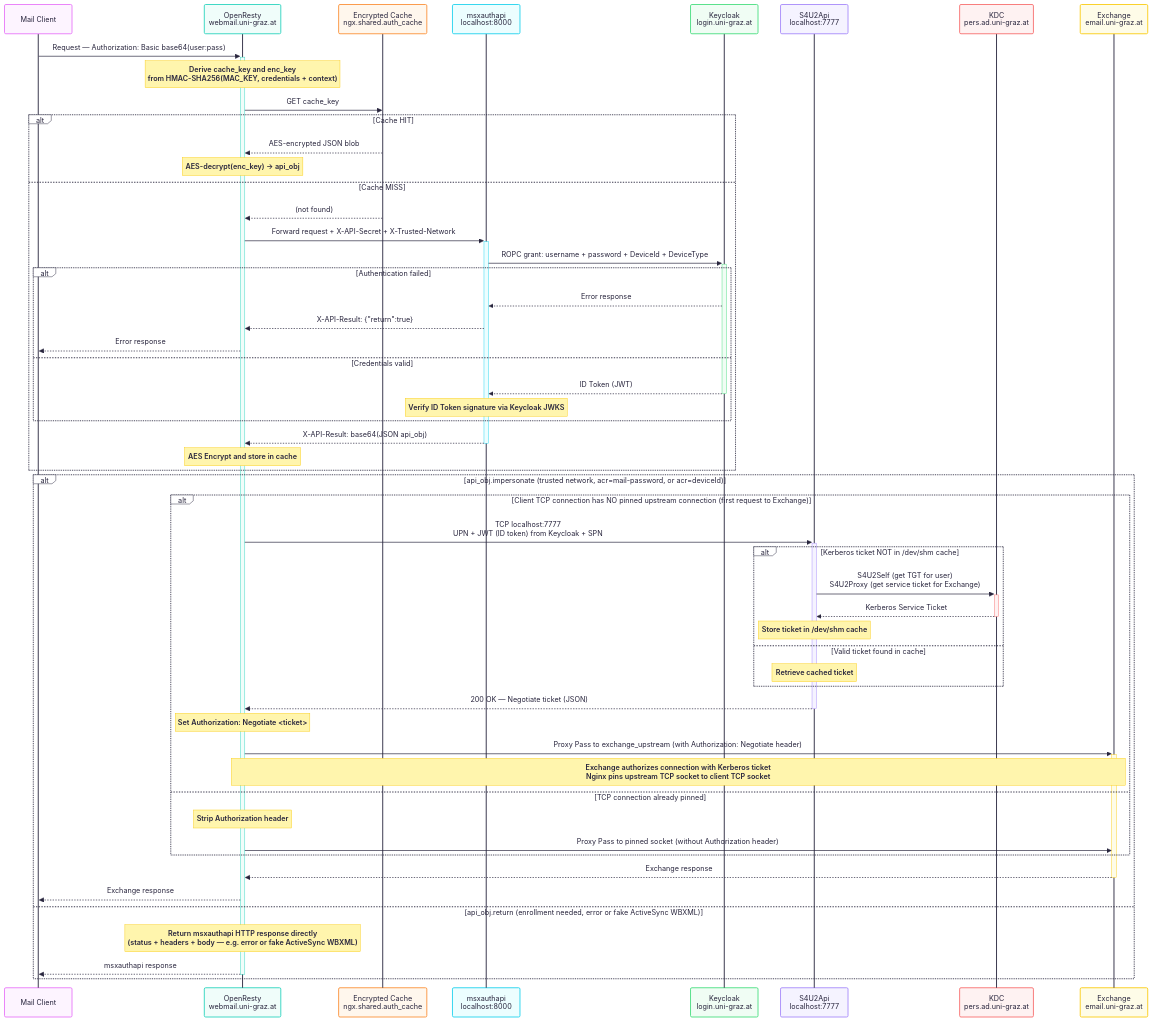
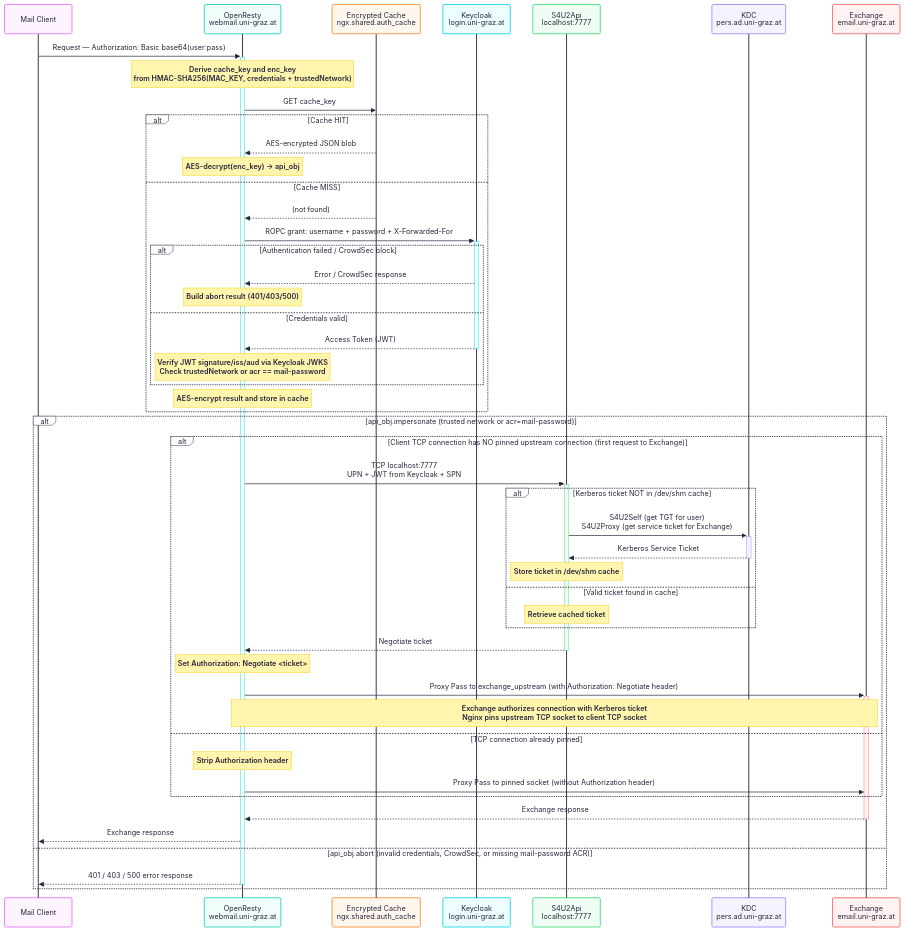
The fourth of 6 diagrams in README.md (BotoX/msxproxy), drawn with Mermaid before and after one commit. The commit also changed other lines of this file and 43 other files, not shown here.

First line of the commit message:
Externalize configs, add direct Keycloak ROPC, metrics, hot reload, and tests

````diff
--- a/README.md
+++ b/README.md
@@ -223,67 +220,62 @@
 ```mermaid
 ---
 config:
   theme: redux-color
 ---
 sequenceDiagram
     participant C as Mail Client
     participant N as OpenResty<br>webmail.uni-graz.at
     participant CA as Encrypted Cache<br>ngx.shared.auth_cache
-    participant P as msxauthapi<br>localhost:8000
     participant K as Keycloak<br>login.uni-graz.at
     participant T as S4U2Api<br>localhost:7777
     participant AD as KDC<br>pers.ad.uni-graz.at
     participant E as Exchange<br>email.uni-graz.at
 
     C->>+N: Request — Authorization: Basic base64(user:pass)
-    Note over N: Derive cache_key and enc_key<br>from HMAC-SHA256(MAC_KEY, credentials + context)
+    Note over N: Derive cache_key and enc_key<br>from HMAC-SHA256(MAC_KEY, credentials + trustedNetwork)
 
     N->>CA: GET cache_key
     alt Cache HIT
         CA-->>N: AES-encrypted JSON blob
         Note over N: AES-decrypt(enc_key) → api_obj
     else Cache MISS
         CA-->>N: (not found)
-        N->>+P: Forward request + X-API-Secret + X-Trusted-Network
-        P->>+K: ROPC grant: username + password + DeviceId + DeviceType
-        alt Authentication failed
-            K-->>P: Error response
-            P-->>N: X-API-Result: {"return":true}
-            N-->>C: Error response
+        N->>+K: ROPC grant: username + password + X-Forwarded-For
+        alt Authentication failed / CrowdSec block
+            K-->>N: Error / CrowdSec response
+            Note over N: Build abort result (401/403/500)
         else Credentials valid
-            K-->>-P: ID Token (JWT)
-            Note over P: Verify ID Token signature via Keycloak JWKS
+            K-->>-N: Access Token (JWT)
+            Note over N: Verify JWT signature/iss/aud via Keycloak JWKS<br>Check trustedNetwork or acr == mail-password
         end
-        P-->>-N: X-API-Result: base64(JSON api_obj)
-        Note over N: AES Encrypt and store in cache
+        Note over N: AES-encrypt result and store in cache
     end
 
-    alt api_obj.impersonate (trusted network, acr=mail-password, or acr=deviceId)
+    alt api_obj.impersonate (trusted network or acr=mail-password)
         alt Client TCP connection has NO pinned upstream connection (first request to Exchange)
-            N->>+T: TCP localhost:7777<br>UPN + JWT (ID token) from Keycloak + SPN
+            N->>+T: TCP localhost:7777<br>UPN + JWT from Keycloak + SPN
 
             alt Kerberos ticket NOT in /dev/shm cache
                 T->>+AD: S4U2Self (get TGT for user)<br>S4U2Proxy (get service ticket for Exchange)
                 AD-->>-T: Kerberos Service Ticket
                 Note over T: Store ticket in /dev/shm cache
             else Valid ticket found in cache
                 Note over T: Retrieve cached ticket
             end
 
-            T-->>-N: 200 OK — Negotiate ticket (JSON)
+            T-->>-N: Negotiate ticket
             Note over N: Set Authorization: Negotiate <ticket>
             N->>+E: Proxy Pass to exchange_upstream (with Authorization: Negotiate header)
             Note over N,E: Exchange authorizes connection with Kerberos ticket<br>Nginx pins upstream TCP socket to client TCP socket
         else TCP connection already pinned
             Note over N: Strip Authorization header
             N->>E: Proxy Pass to pinned socket (without Authorization header)
         end
 
         E-->>-N: Exchange response
         N-->>C: Exchange response
 
-    else api_obj.return (enrollment needed, error or fake ActiveSync WBXML)
-        Note over N: Return msxauthapi HTTP response directly<br>(status + headers + body — e.g. error or fake ActiveSync WBXML)
-        N-->>-C: msxauthapi response
+    else api_obj.abort (invalid credentials, CrowdSec, or missing mail-password ACR)
+        N-->>-C: 401 / 403 / 500 error response
     end
 ```
````
